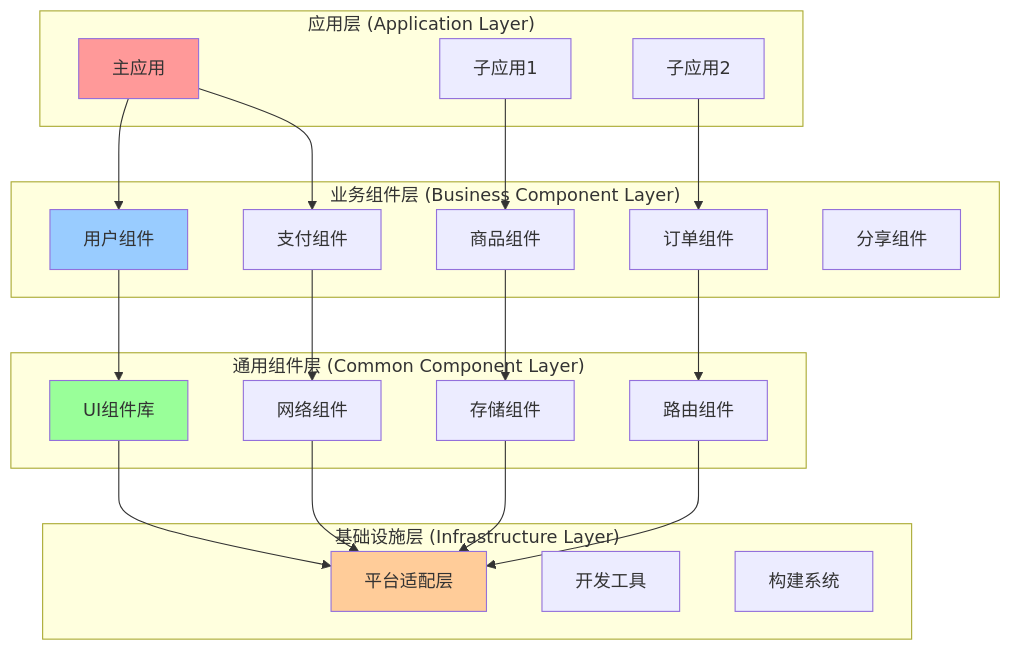
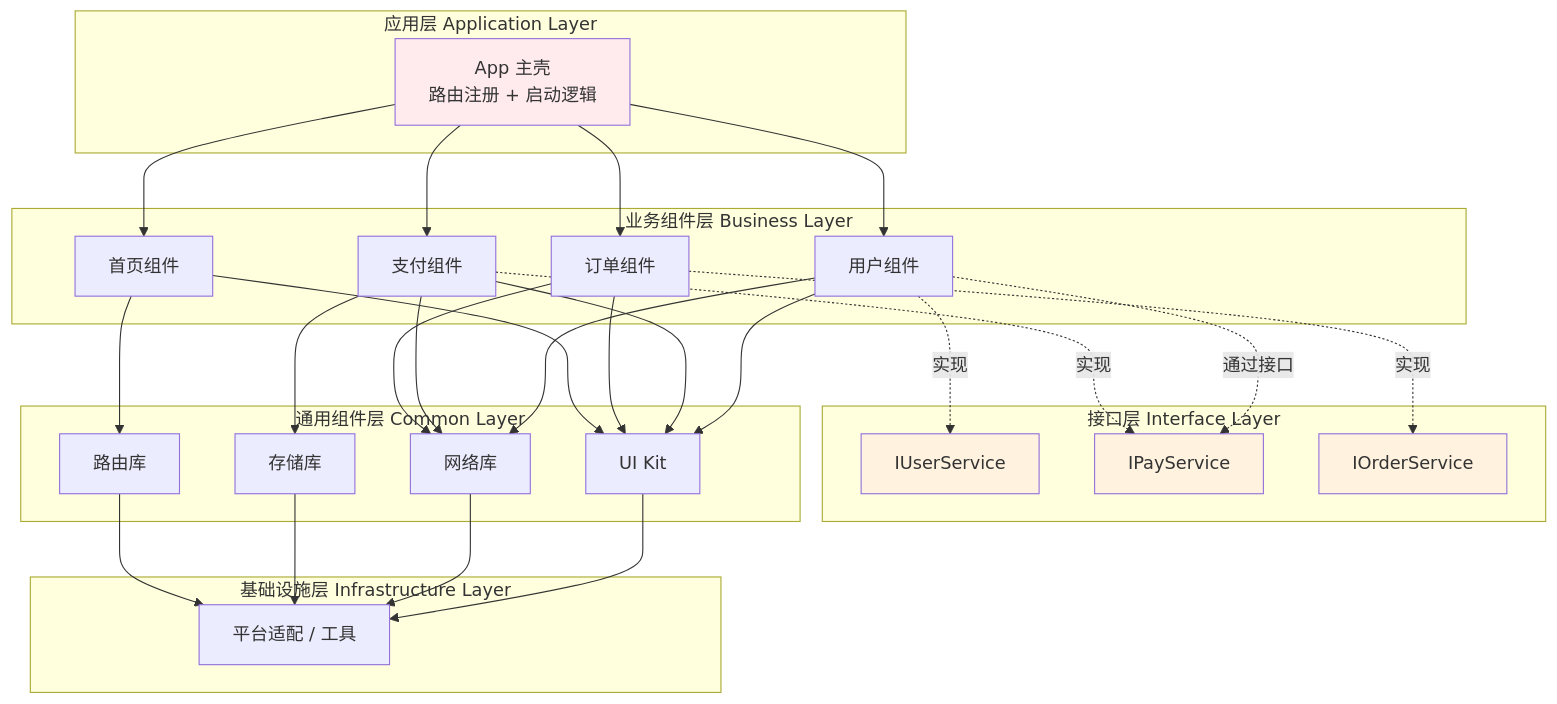
Before and after one commit to chongyang211/YCBookBlog: the seventh of 15 diagrams in 00.通用技术的提升/07.方案设计思想/卷一-架构与组件/02.组件化方案的设计.md, drawn with Mermaid. The commit also changed other lines of this file and 5 other files, not shown here.

````diff
--- a/00.通用技术的提升/07.方案设计思想/卷一-架构与组件/02.组件化方案的设计.md
+++ b/00.通用技术的提升/07.方案设计思想/卷一-架构与组件/02.组件化方案的设计.md
@@ -339,49 +277,49 @@
 ```mermaid
 graph TB
-    subgraph "应用层 (Application Layer)"
-        MainApp[主应用]
-        SubApp1[子应用1]
-        SubApp2[子应用2]
+    subgraph "应用层 Application Layer"
+        Shell[App 主壳<br/>路由注册 + 启动逻辑]
     end
     
-    subgraph "业务组件层 (Business Component Layer)"
+    subgraph "业务组件层 Business Layer"
         UserComp[用户组件]
         PayComp[支付组件]
-        ProductComp[商品组件]
         OrderComp[订单组件]
-        HomeComp[分享组件]
+        HomeComp[首页组件]
     end
     
-    subgraph "通用组件层 (Common Component Layer)"
-        UIKit[UI组件库]
-        RouterComp[路由组件]
-        StorageComp[存储组件]
-        NetworkComp[网络组件]
+    subgraph "接口层 Interface Layer"
+        IUser[IUserService]
+        IPay[IPayService]
+        IOrder[IOrderService]
     end
     
-    subgraph "基础设施层 (Infrastructure Layer)"
-        Platform[平台适配层]
-        DevTools[开发工具]
-        BuildSystem[构建系统]
+    subgraph "通用组件层 Common Layer"
+        UI[UI Kit]
+        Network[网络库]
+        Storage[存储库]
+        Router[路由库]
     end
     
-    MainApp --> UserComp
-    MainApp --> PayComp
-    SubApp1 --> ProductComp
-    SubApp2 --> OrderComp
+    subgraph "基础设施层 Infrastructure Layer"
+        Platform[平台适配 / 工具]
+    end
     
-    UserComp --> UIKit
-    PayComp --> NetworkComp
-    ProductComp --> StorageComp
-    OrderComp --> RouterComp
+    Shell --> UserComp & PayComp & OrderComp & HomeComp
     
-    UIKit --> Platform
-    NetworkComp --> Platform
-    StorageComp --> Platform
-    RouterComp --> Platform
+    UserComp -.通过接口.-> IPay
+    UserComp --> UI & Network
+    PayComp --> UI & Network & Storage
+    OrderComp --> UI & Network
+    HomeComp --> UI & Router
     
-    style MainApp fill:#ff9999
-    style UserComp fill:#99ccff
-    style UIKit fill:#99ff99
-    style Platform fill:#ffcc99
+    UserComp -.实现.-> IUser
+    PayComp -.实现.-> IPay
+    OrderComp -.实现.-> IOrder
+    
+    UI & Network & Storage & Router --> Platform
+    
+    style Shell fill:#ffebee
+    style IUser fill:#fff3e0
+    style IPay fill:#fff3e0
+    style IOrder fill:#fff3e0
 ```
````
